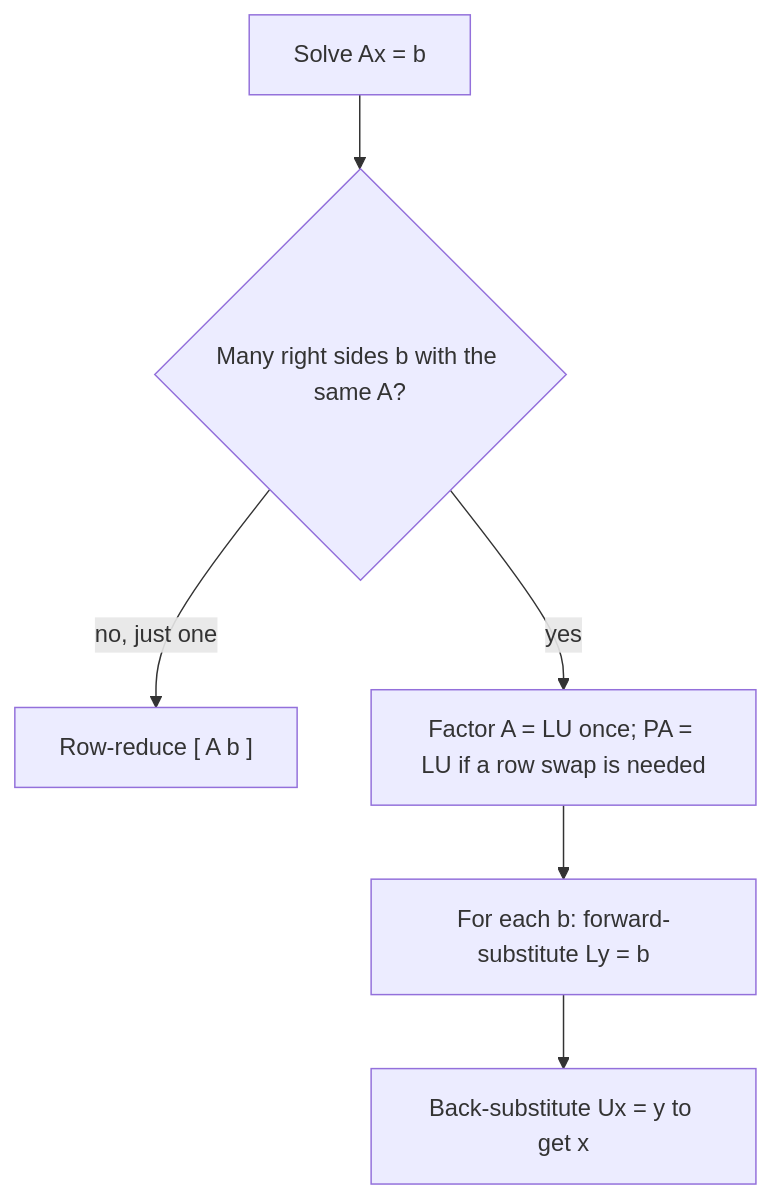
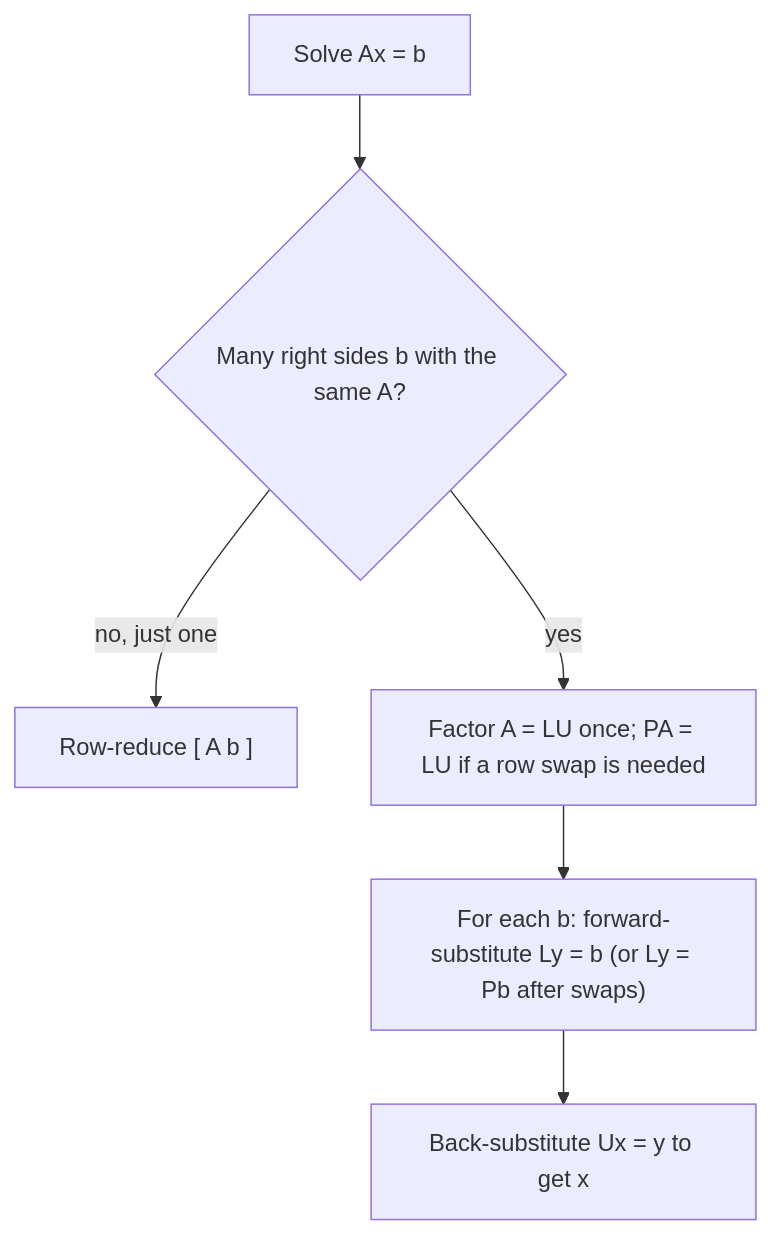
Before and after one commit to Aziliz/erudior: the diagram in content/math/linear-algebra/lessons/18-lu-factorization.md, drawn with Mermaid. The commit also changed 14 other files, not shown here.

````diff
--- a/content/math/linear-algebra/lessons/18-lu-factorization.md
+++ b/content/math/linear-algebra/lessons/18-lu-factorization.md
@@ -83,10 +83,10 @@
 ```mermaid
 flowchart TD
   accTitle: When to use the LU factorization
-  accDescr: To solve Ax = b, first ask whether there are many right-hand sides with the same A. If there is just one, row-reduce the augmented matrix A b. If there are many, factor A = LU once, using PA = LU if a row swap is needed. Then for each b, forward-substitute to solve Ly = b, and back-substitute to solve Ux = y, which gives x.
+  accDescr: To solve Ax = b, first ask whether there are many right-hand sides with the same A. If there is just one, row-reduce the augmented matrix A b. If there are many, factor A = LU once, using PA = LU if a row swap is needed. Then for each b, forward-substitute to solve Ly = b (Ly = Pb if rows were swapped), and back-substitute to solve Ux = y, which gives x.
   S["Solve Ax = b"] --> Q{"Many right sides b with the same A?"}
   Q -- "no, just one" --> R["Row-reduce [ A  b ]"]
   Q -- yes --> F["Factor A = LU once; PA = LU if a row swap is needed"]
-  F --> Y["For each b: forward-substitute Ly = b"]
+  F --> Y["For each b: forward-substitute Ly = b (or Ly = Pb after swaps)"]
   Y --> X["Back-substitute Ux = y to get x"]
 ```
````
